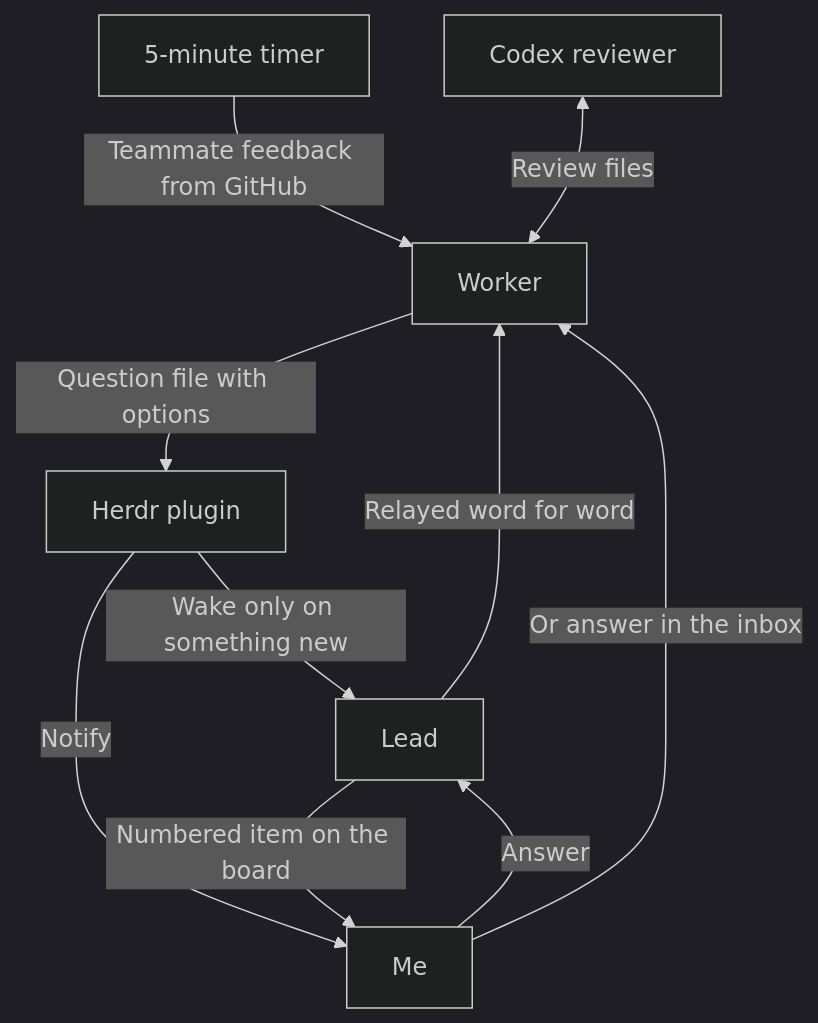
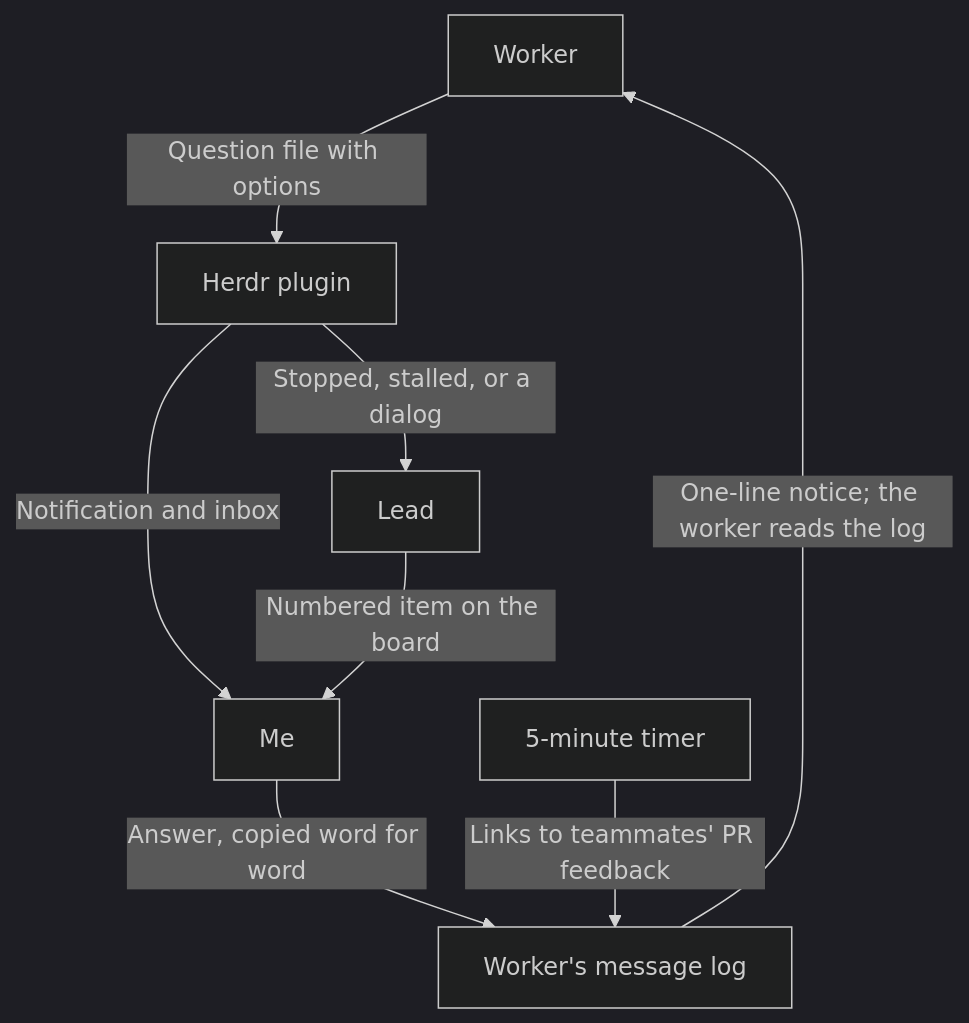
One commit to RankaiHQ/rankai-ai-workbook changed the second of 2 diagrams in docs/en/04-agent-workflow.md. Above: the diagram before and after it, drawn with Mermaid (dark theme). The commit also changed other lines of this file and 4 other files, not shown here.

First line of the commit message:
Rewrite chapter 4 against agent-flow as of 13 November

````diff
--- a/docs/en/04-agent-workflow.md
+++ b/docs/en/04-agent-workflow.md
@@ -60,12 +66,10 @@
 ```mermaid
 flowchart TD
-    T[5-minute timer] -->|Teammate feedback from GitHub| W[Worker]
-    R[Codex reviewer] <-->|Review files| W
-    W -->|Question file with options| P[Herdr plugin]
-    P -->|Wake only on something new| L[Lead]
-    P -->|Notify| K[Me]
+    W[Worker] -->|Question file with options| P[Herdr plugin]
+    P -->|Notification and inbox| K[Me]
+    P -->|Stopped, stalled, or a dialog| L[Lead]
     L -->|Numbered item on the board| K
-    K -->|Answer| L
-    L -->|Relayed word for word| W
-    K -->|Or answer in the inbox| W
+    K -->|Answer, copied word for word| M[Worker's message log]
+    T[5-minute timer] -->|Links to teammates' PR feedback| M
+    M -->|One-line notice; the worker reads the log| W
 ```
````
